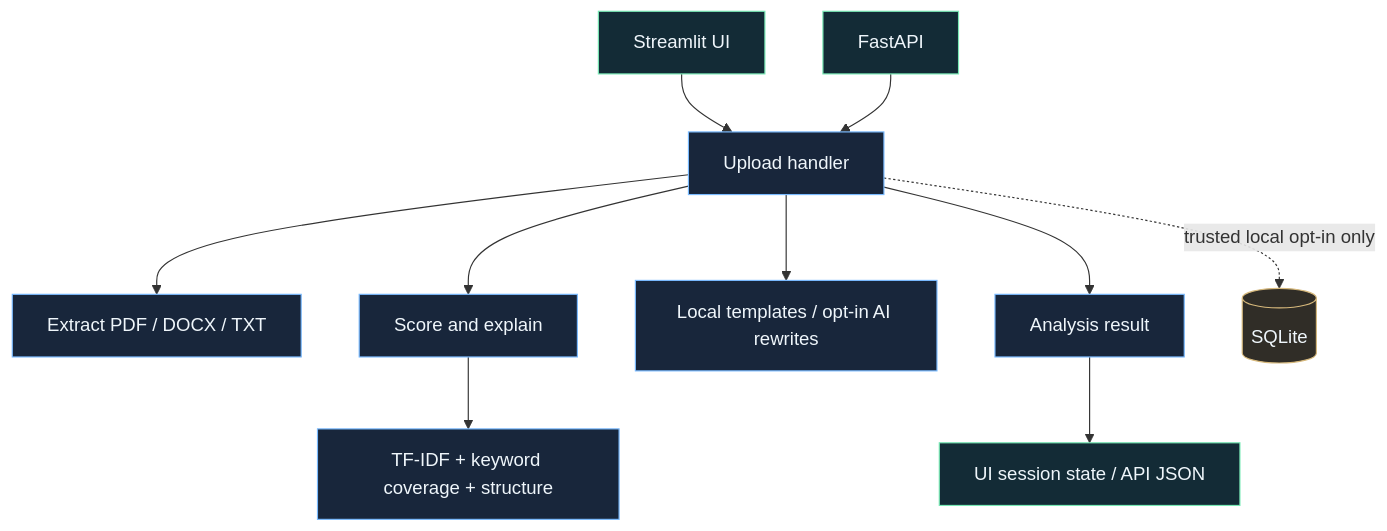
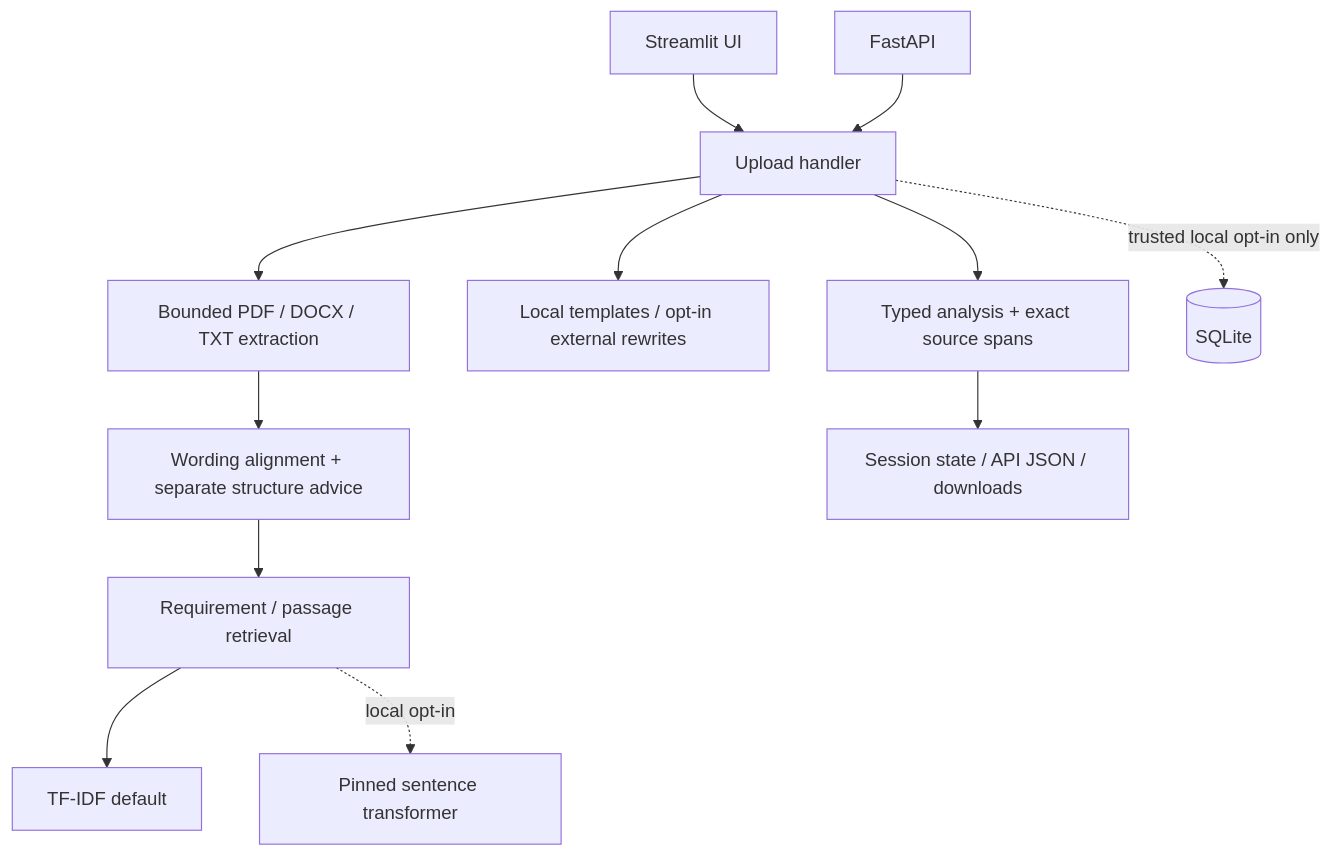
The diagram in README.md (TJA0308/jobfit-ai), drawn with Mermaid before and after one commit. The commit also changed other lines of this file and 38 other files, not shown here.

Commit message:
Add source-attributed resume evidence and portfolio evaluation

````diff
--- a/README.md
+++ b/README.md
@@ -174,18 +110,14 @@
 ```mermaid
 flowchart TD
     UI[Streamlit UI] --> UP[Upload handler]
     API[FastAPI] --> UP
-    UP --> PARSE[Extract PDF / DOCX / TXT]
-    UP --> SCORE[Score and explain]
-    SCORE --> NLP[TF-IDF + keyword coverage + structure]
-    UP --> REWRITE[Local templates / opt-in AI rewrites]
-    UP --> RESULT[Analysis result]
-    RESULT --> SESSION[UI session state / API JSON]
+    UP --> PARSE[Bounded PDF / DOCX / TXT extraction]
+    PARSE --> SCORE[Wording alignment + separate structure advice]
+    SCORE --> EVIDENCE[Requirement / passage retrieval]
+    EVIDENCE --> LEX[TF-IDF default]
+    EVIDENCE -. local opt-in .-> DENSE[Pinned sentence transformer]
+    UP --> REWRITE[Local templates / opt-in external rewrites]
+    UP --> RESULT[Typed analysis + exact source spans]
+    RESULT --> SESSION[Session state / API JSON / downloads]
     UP -. trusted local opt-in only .-> DB[(SQLite)]
-    classDef interface fill:#132b36,stroke:#78e9b5,color:#eff6fb
-    classDef core fill:#18263b,stroke:#79baff,color:#eff6fb
-    classDef optional fill:#302d27,stroke:#d6b87b,color:#eff6fb
-    class UI,API,SESSION interface
-    class UP,PARSE,SCORE,NLP,REWRITE,RESULT core
-    class DB optional
 ```
````
